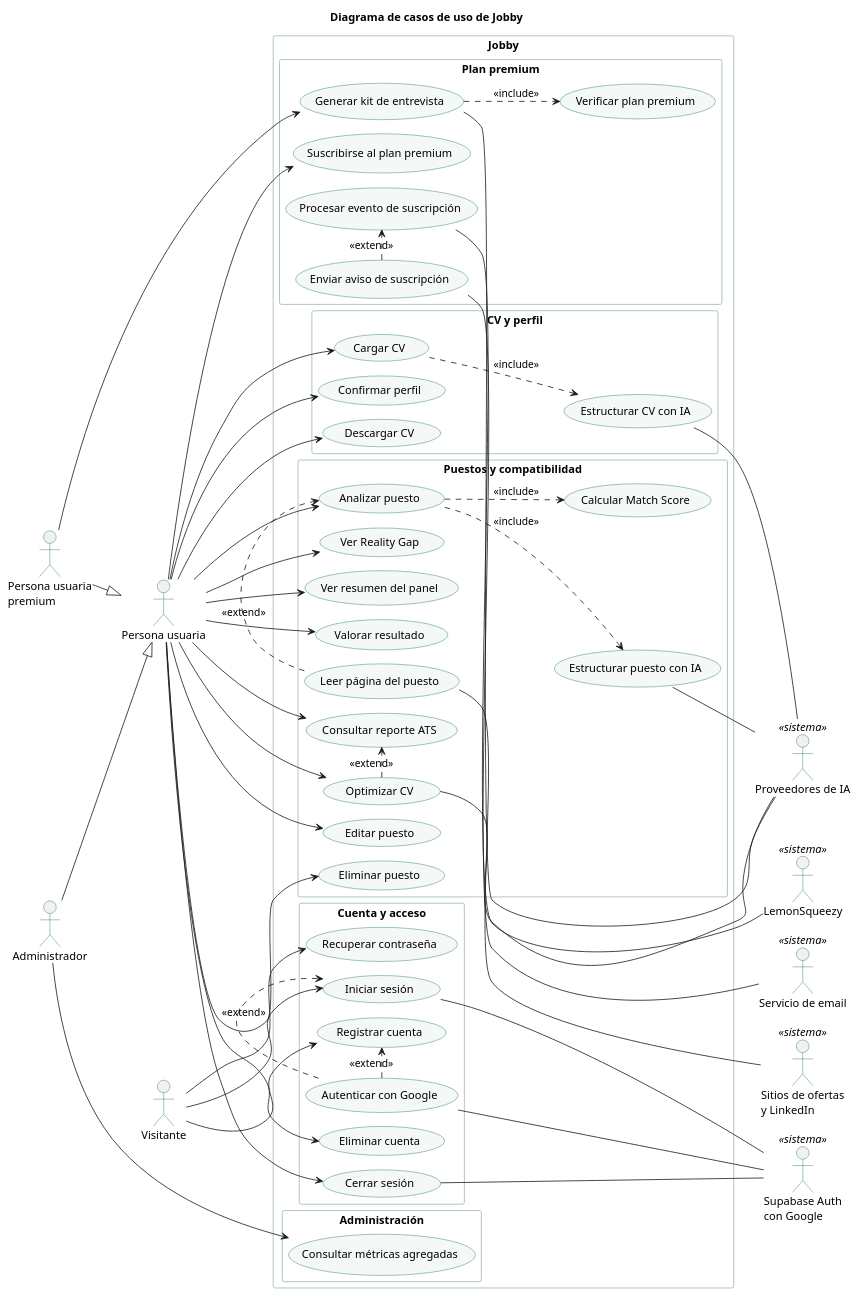
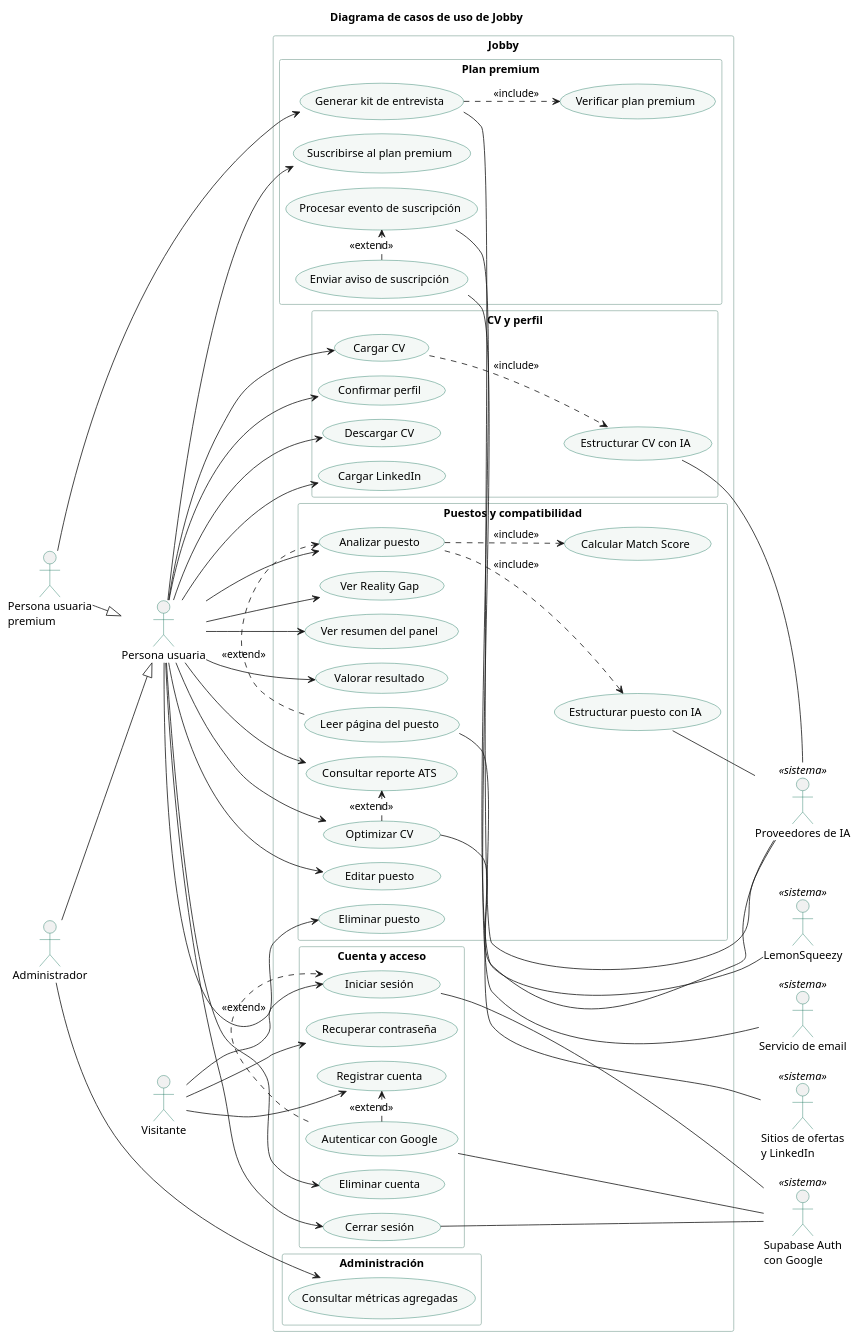
Before and after one commit to Buatishi/Jobby: the diagram in docs/diagramas/casos-de-uso.puml, drawn with PlantUML. The commit also changed 5 other files, not shown here.

```diff
--- a/docs/diagramas/casos-de-uso.puml
+++ b/docs/diagramas/casos-de-uso.puml
@@ -1,116 +1,118 @@
 @startuml
 !pragma layout smetana
 left to right direction
 skinparam shadowing false
 skinparam defaultFontName "Segoe UI"
 skinparam usecase {
   BackgroundColor #F4F8F6
   BorderColor #0F6E56
 }
 skinparam actor {
   BorderColor #0F6E56
 }
 skinparam rectangle {
   BorderColor #9DB8AF
 }
 title Diagrama de casos de uso de Jobby
 
 actor "Visitante" as V
 actor "Persona usuaria" as U
 actor "Persona usuaria\npremium" as P
 actor "Administrador" as A
 
 rectangle "Jobby" {
   rectangle "Cuenta y acceso" {
     usecase "Registrar cuenta" as CU01
     usecase "Iniciar sesión" as CU02
     usecase "Recuperar contraseña" as CU03
     usecase "Autenticar con Google" as CU04
     usecase "Eliminar cuenta" as CU22
     usecase "Cerrar sesión" as CU24
   }
   rectangle "CV y perfil" {
     usecase "Cargar CV" as CU05
     usecase "Estructurar CV con IA" as CU06
     usecase "Confirmar perfil" as CU07
     usecase "Descargar CV" as CU27
+    usecase "Cargar LinkedIn" as CU28
   }
   rectangle "Puestos y compatibilidad" {
     usecase "Analizar puesto" as CU08
     usecase "Editar puesto" as CU25
     usecase "Eliminar puesto" as CU26
     usecase "Leer página del puesto" as CU09
     usecase "Estructurar puesto con IA" as CU10
     usecase "Calcular Match Score" as CU11
     usecase "Consultar reporte ATS" as CU12
     usecase "Optimizar CV" as CU14
     usecase "Ver Reality Gap" as CU13
     usecase "Ver resumen del panel" as CU17
     usecase "Valorar resultado" as CU18
   }
   rectangle "Plan premium" {
     usecase "Generar kit de entrevista" as CU15
     usecase "Verificar plan premium" as CU16
     usecase "Suscribirse al plan premium" as CU19
     usecase "Procesar evento de suscripción" as CU20
     usecase "Enviar aviso de suscripción" as CU21
   }
   rectangle "Administración" {
     usecase "Consultar métricas agregadas" as CU23
   }
 }
 
 ' Las asociaciones con «---» son más largas a propósito: dejan a los actores de sistema a la
 ' derecha del rectángulo y no debajo, que alargaba la lámina A3 y achicaba la letra.
 actor "Supabase Auth\ncon Google" as ID <<sistema>>
 actor "Proveedores de IA" as IA <<sistema>>
 actor "Sitios de ofertas\ny LinkedIn" as W <<sistema>>
 actor "LemonSqueezy" as LS <<sistema>>
 actor "Servicio de email" as EM <<sistema>>
 
 P --|> U
 A --|> U
 
 V --> CU01
 V --> CU02
 V --> CU03
 CU04 .> CU01 : <<extend>>
 CU04 .> CU02 : <<extend>>
 
 U --> CU05
 U --> CU07
 U --> CU27
+U --> CU28
 U --> CU08
 U --> CU25
 U --> CU26
 U --> CU12
 U --> CU13
 U --> CU17
 U --> CU18
 U --> CU19
 U --> CU22
 U --> CU24
 U --> CU14
 P --> CU15
 
 CU05 ..> CU06 : <<include>>
 CU08 ..> CU10 : <<include>>
 CU08 ..> CU11 : <<include>>
 CU09 .> CU08 : <<extend>>
 CU14 .> CU12 : <<extend>>
 CU15 ..> CU16 : <<include>>
 CU21 .> CU20 : <<extend>>
 
 A --> CU23
 
 CU02 --- ID
 CU24 --- ID
 CU04 --- ID
 CU06 -- IA
 CU10 -- IA
 CU14 -- IA
 CU15 -- IA
 CU09 --- W
 CU20 --- LS
 CU21 --- EM
 @enduml
```
